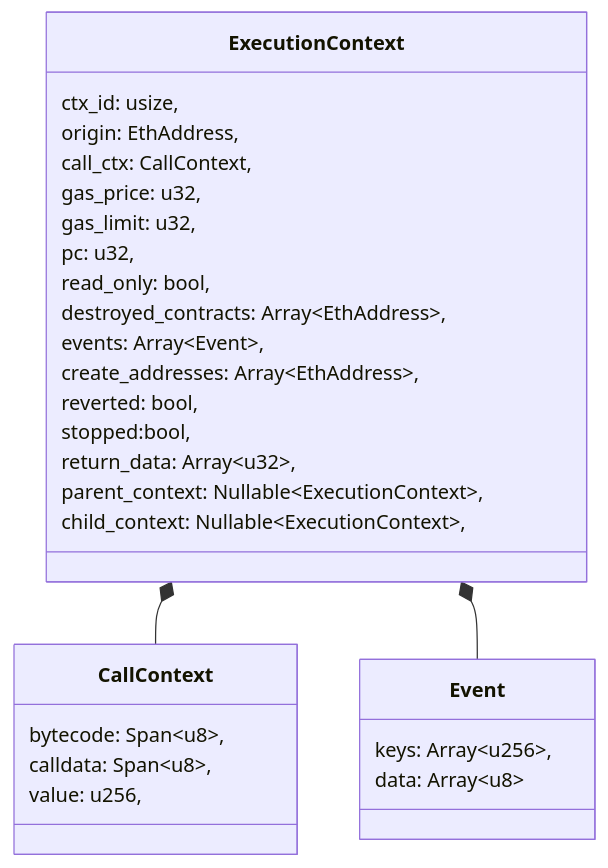
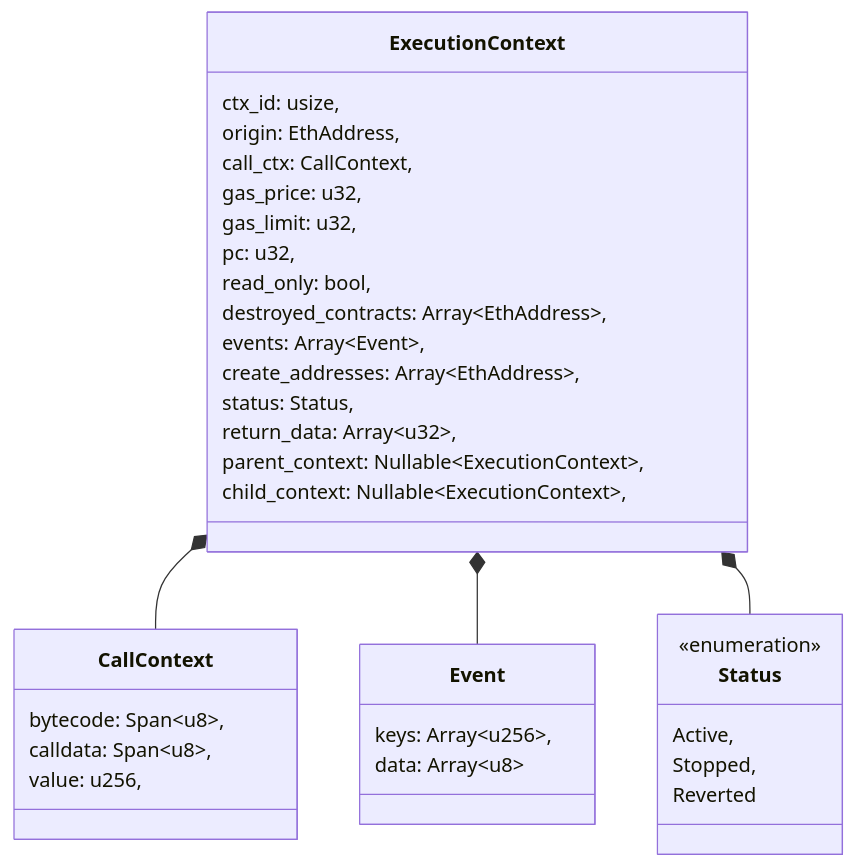
One commit to kkrt-labs/kakarot-ssj changed the first of 2 diagrams in docs/general/execution_context.md. Above: the diagram before and after it, drawn with Mermaid. The commit also changed 1 other file, not shown here.

Commit message:
docs: status enum

````diff
--- a/docs/general/execution_context.md
+++ b/docs/general/execution_context.md
@@ -16,33 +16,41 @@
 ```mermaid
 classDiagram
     class ExecutionContext{
         ctx_id: usize,
         origin: EthAddress,
         call_ctx: CallContext,
         gas_price: u32,
         gas_limit: u32,
         pc: u32,
         read_only: bool,
         destroyed_contracts: Array~EthAddress~,
         events: Array~Event~,
         create_addresses: Array~EthAddress~,
-        reverted: bool,
-        stopped:bool,
+        status: Status,
         return_data: Array~u32~,
         parent_context: Nullable~ExecutionContext~,
         child_context: Nullable~ExecutionContext~,
     }
 
     class CallContext{
         bytecode: Span~u8~,
         calldata: Span~u8~,
         value: u256,
     }
 
     class Event{
         keys: Array~u256~,
         data: Array~u8~
     }
+
+    class Status{
+    <<enumeration>>
+      Active,
+      Stopped,
+      Reverted
+    }
+
     ExecutionContext *-- CallContext
     ExecutionContext *-- Event
+    ExecutionContext *-- Status
 ```
````
